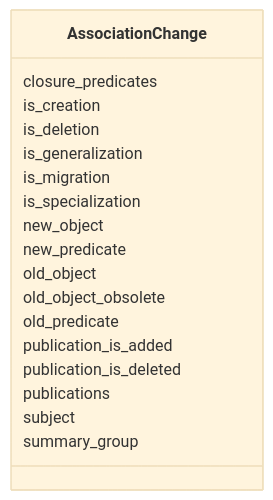
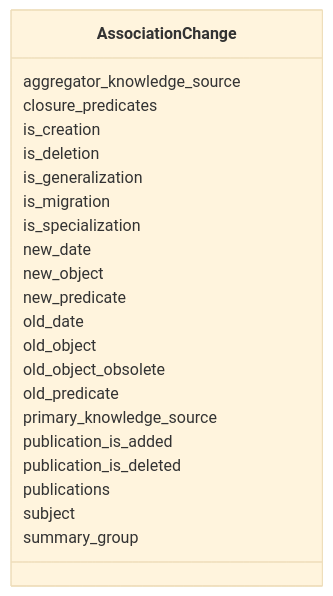
One commit to INCATools/ontology-access-kit changed the diagram in association/AssociationChange.md. Above: the diagram before and after it, drawn with Mermaid (base theme). The commit also changed other lines of this file and 38 other files, not shown here.

````diff
--- a/association/AssociationChange.md
+++ b/association/AssociationChange.md
@@ -9,37 +9,45 @@
 ```{mermaid}
  classDiagram
     class AssociationChange
+      AssociationChange : aggregator_knowledge_source
+        
       AssociationChange : closure_predicates
         
       AssociationChange : is_creation
         
       AssociationChange : is_deletion
         
       AssociationChange : is_generalization
         
       AssociationChange : is_migration
         
       AssociationChange : is_specialization
         
+      AssociationChange : new_date
+        
       AssociationChange : new_object
         
       AssociationChange : new_predicate
+        
+      AssociationChange : old_date
         
       AssociationChange : old_object
         
       AssociationChange : old_object_obsolete
         
       AssociationChange : old_predicate
+        
+      AssociationChange : primary_knowledge_source
         
       AssociationChange : publication_is_added
         
       AssociationChange : publication_is_deleted
         
       AssociationChange : publications
         
       AssociationChange : subject
         
       AssociationChange : summary_group
         
       
 ```
````
